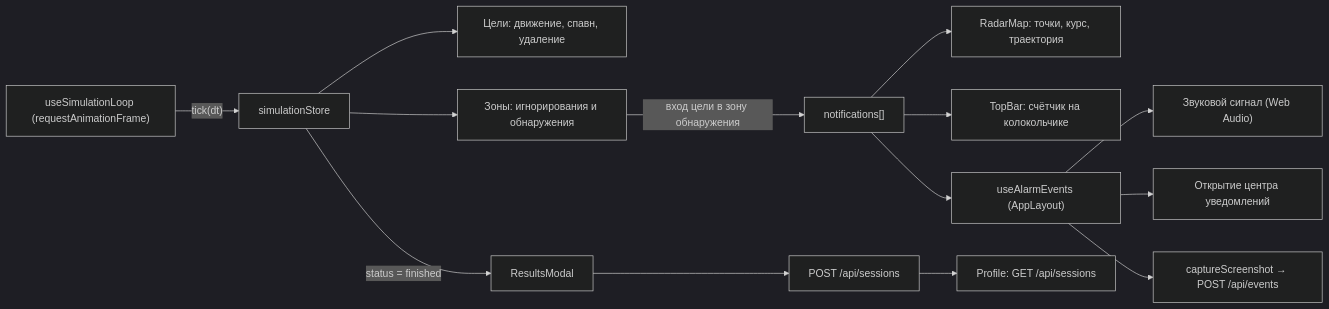
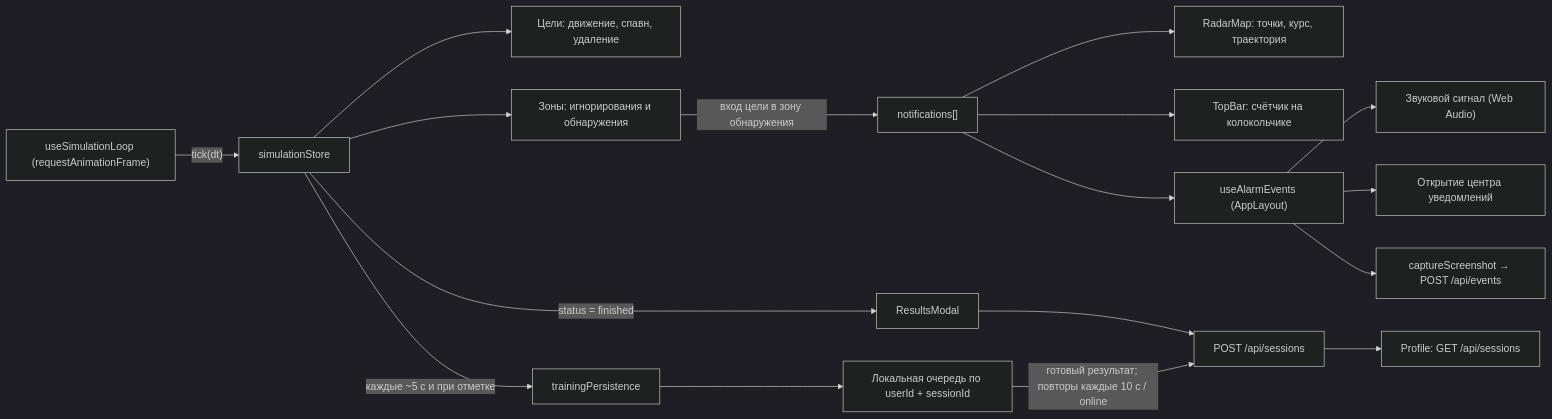
The third of 4 diagrams in ARCHITECTURE.md (Alchymik/rls-simulator), drawn with Mermaid (dark theme) before and after one commit. The commit also changed other lines of this file and 111 other files, not shown here.

````diff
--- a/ARCHITECTURE.md
+++ b/ARCHITECTURE.md
@@ -96,16 +99,19 @@
 ```mermaid
 flowchart LR
   A["useSimulationLoop (requestAnimationFrame)"] -->|"tick(dt)"| B["simulationStore"]
   B --> C["Цели: движение, спавн, удаление"]
   B --> D["Зоны: игнорирования и обнаружения"]
   D -->|"вход цели в зону обнаружения"| E["notifications[]"]
   E --> F["RadarMap: точки, курс, траектория"]
   E --> G["TopBar: счётчик на колокольчике"]
   E --> H["useAlarmEvents (AppLayout)"]
   H --> I["Звуковой сигнал (Web Audio)"]
   H --> J["Открытие центра уведомлений"]
-  H --> K["captureScreenshot → POST /api/events"]
-  B -->|"status = finished"| L["ResultsModal"]
-  L --> M["POST /api/sessions"]
-  M --> N["Profile: GET /api/sessions"]
+H --> K["captureScreenshot → POST /api/events"]
+B -->|"status = finished"| L["ResultsModal"]
+L --> M["POST /api/sessions"]
+M --> N["Profile: GET /api/sessions"]
+B -->|"каждые ~5 с и при отметке"| Q["trainingPersistence"]
+Q --> R["Локальная очередь по userId + sessionId"]
+R -->|"готовый результат; повторы каждые 10 с / online"| M
 ```
````
